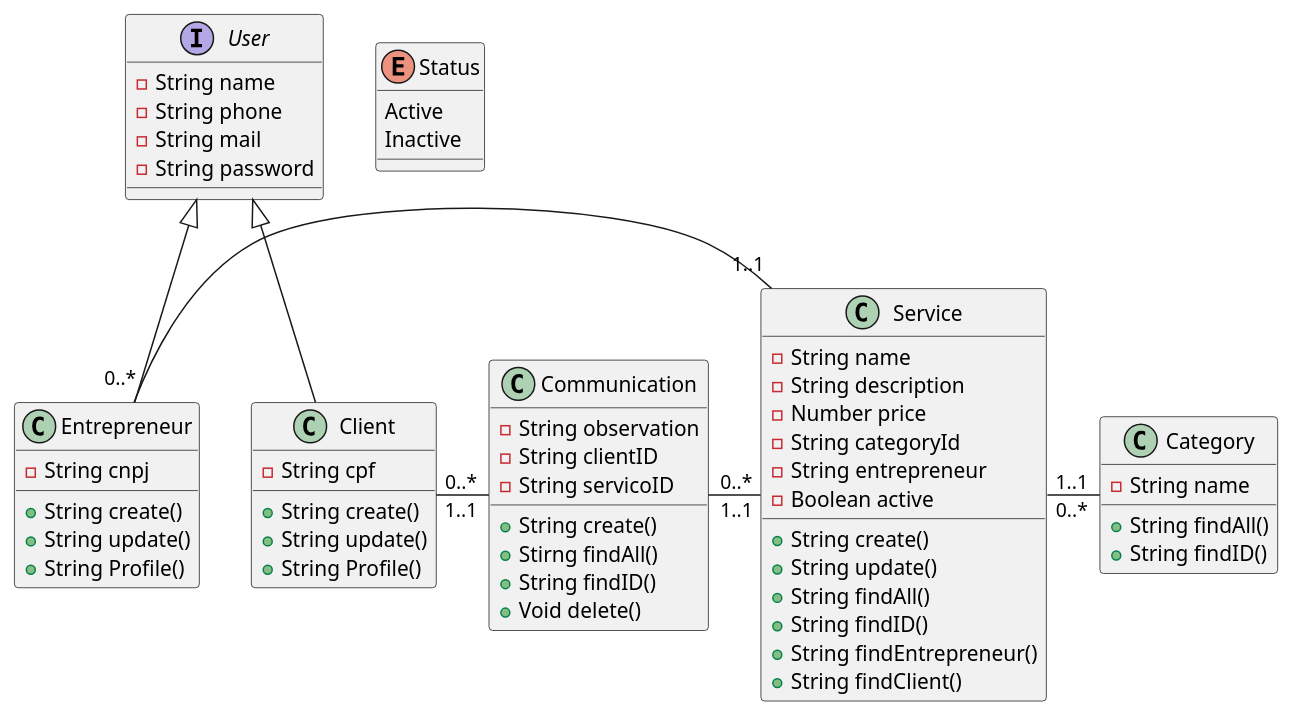
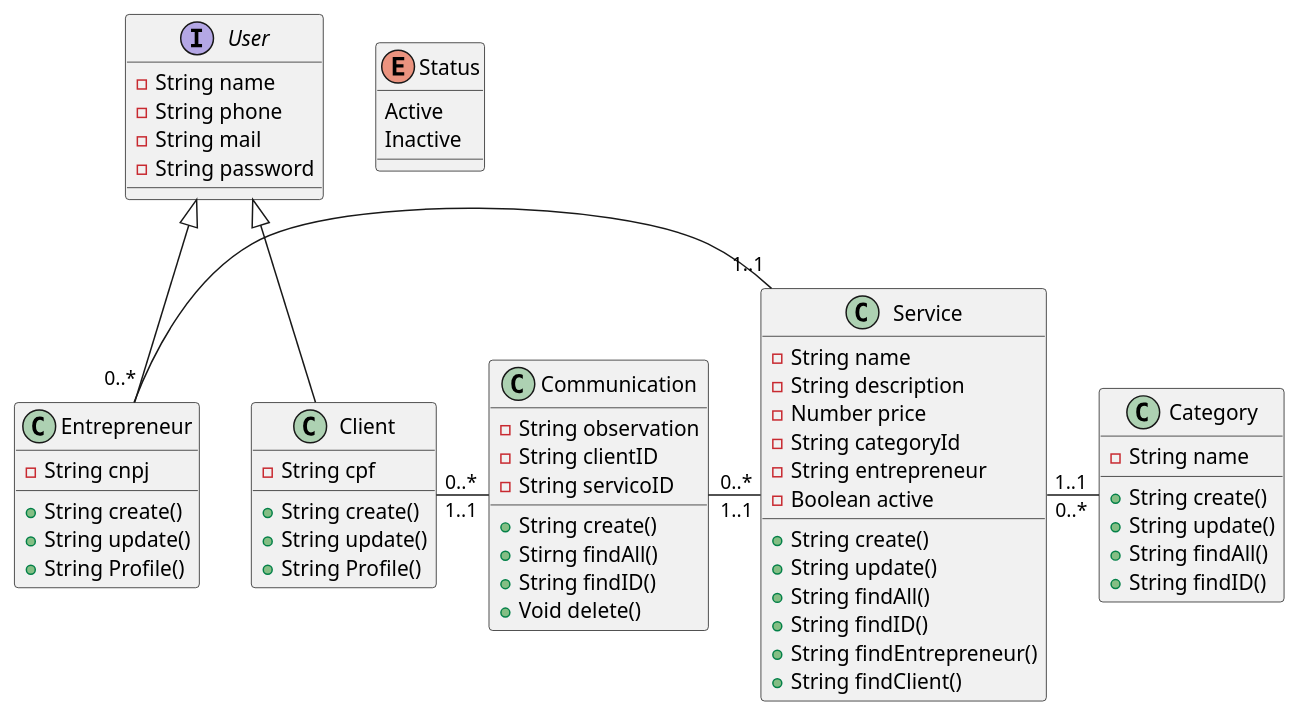
Before and after one commit to LeonardoCamilo10/API-SERVICE-BACK-END: the diagram in diagram-API-SERVICE/src/Diagram-Class/class.puml, drawn with PlantUML.

Commit message:
feat: add new functions for category class

```diff
--- a/diagram-API-SERVICE/src/Diagram-Class/class.puml
+++ b/diagram-API-SERVICE/src/Diagram-Class/class.puml
@@ -1,70 +1,72 @@
 @startuml DiagramClass
     interface User {
       -String name
       -String phone
       -String mail
       -String password
     }
 
     class Entrepreneur extends User {
       -String cnpj
       +String create()
       +String update()
       +String Profile()
 
     }
 
     class Client extends User {
       -String cpf
       +String create()
       +String update()
       +String Profile()
     }
 
     class Service {
       -String name
       -String description
       -Number price
       -String categoryId
       -String entrepreneur
       -Boolean active
 
       +String create()
       +String update()
       +String findAll()
       +String findID()
       +String findEntrepreneur()
       +String findClient()
     }
 
     Entrepreneur "0..*" - "1..1" Service
 
     enum Status{
       Active
       Inactive
     }
 
     class Category {
       -String name
 
+      +String create()
+      +String update()
       +String findAll()
       +String findID()
     }
 
     Service "1..1" - "0..*" Category
 
     class Communication{
       -String observation 
       -String clientID
       -String servicoID
 
       +String create()
       +Stirng findAll()
       +String findID()
       +Void delete()
     }
 
     Client "0..*" - "1..1" Communication
     Communication "0..*" - "1..1" Service
     
 @enduml
```
